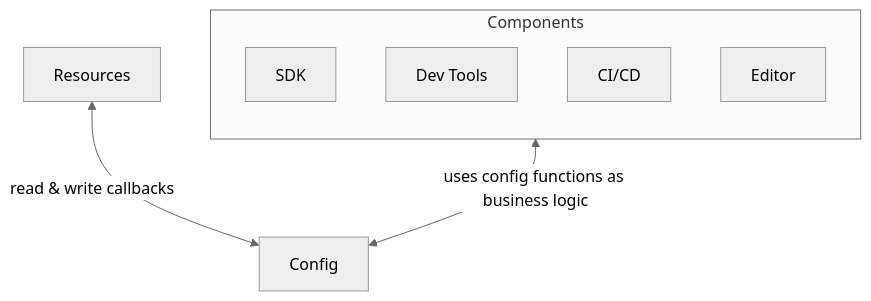
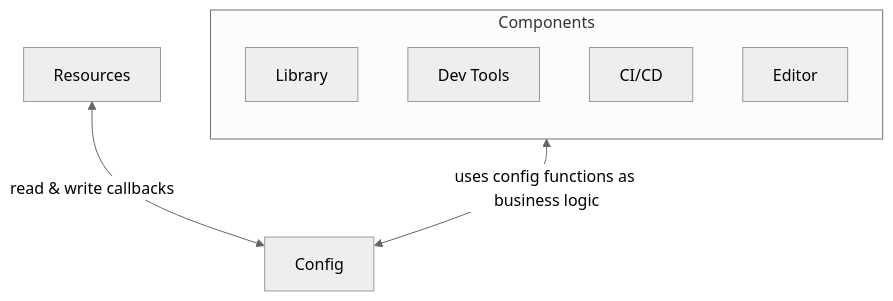
One commit to opral/monorepo changed the third of 4 diagrams in rfcs/001-core-architecture.md. Above: the diagram before and after it, drawn with Mermaid (neutral theme). The commit also changed other lines of this file, not shown here.

First line of the commit message:
rename `i18n sdk` to `i18n-library`

````diff
--- a/rfcs/001-core-architecture.md
+++ b/rfcs/001-core-architecture.md
@@ -378,13 +378,13 @@
 ```mermaid
 flowchart BT
 
     subgraph Components
-      SDK
+      Library
       DT[Dev Tools]
       CICD[CI/CD]
       Editor
     end
 
     Config <--> |read & write callbacks| Resources
     Config <--> |uses config functions as business logic| Components
 ```
````
